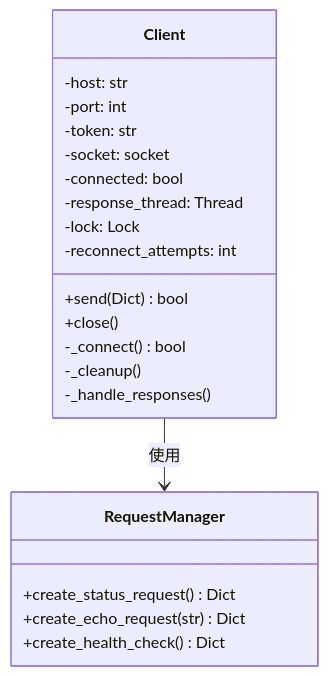
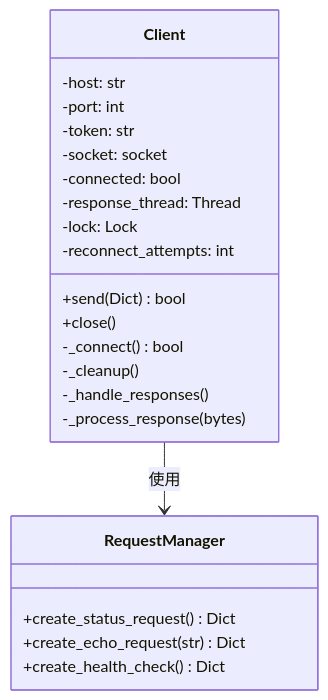
One commit to ProgrammerChengPei/pytest-learn-multi-test-categories changed the fourth of 6 diagrams in docs/架构设计.md. Above: the diagram before and after it, drawn with Mermaid. The commit also changed other lines of this file and 3 other files, not shown here.

````diff
--- a/docs/架构设计.md
+++ b/docs/架构设计.md
@@ -133,26 +155,27 @@
 ```mermaid
 classDiagram
     class Client {
         -host: str
         -port: int
         -token: str
         -socket: socket
         -connected: bool
         -response_thread: Thread
         -lock: Lock
         -reconnect_attempts: int
         +send(Dict) bool
         +close()
         -_connect() bool
         -_cleanup()
         -_handle_responses()
+        -_process_response(bytes)
     }
     
     class RequestManager {
         +create_status_request() Dict
         +create_echo_request(str) Dict
         +create_health_check() Dict
     }
     
     Client --> RequestManager : 使用
 ```
````
